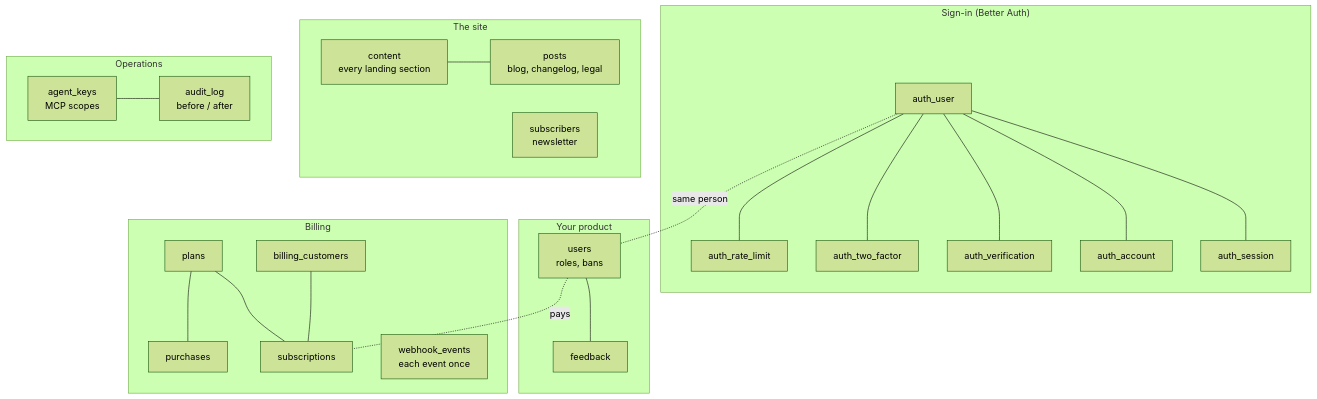
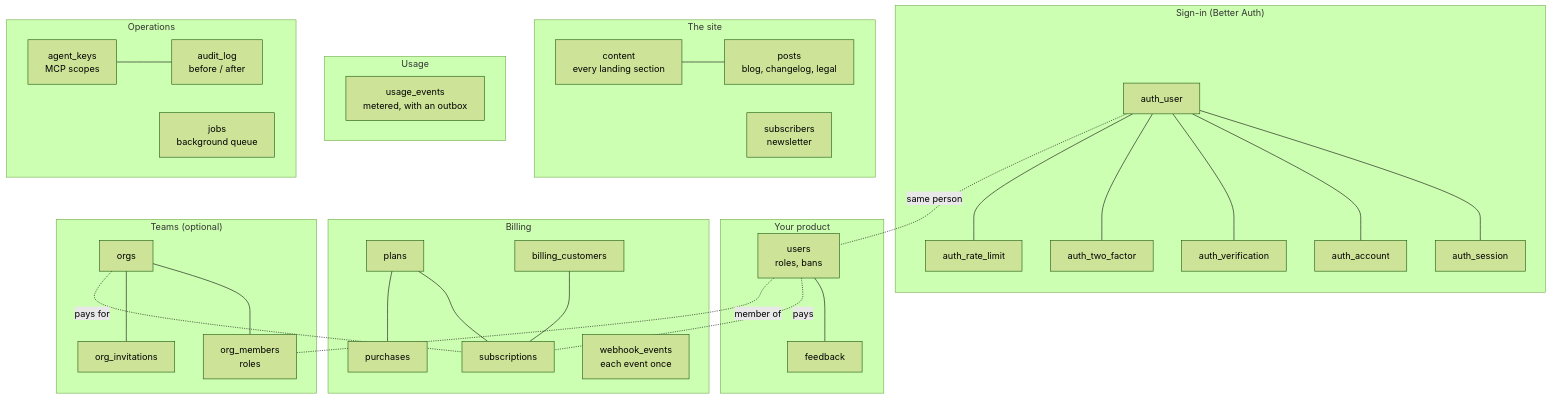
Before and after one commit to DrisH31/OpenShipKit: the fifth of 9 diagrams in README.md, drawn with Mermaid (forest theme). The commit also changed other lines of this file and 1 other file, not shown here.

````diff
--- a/README.md
+++ b/README.md
@@ -199,23 +209,32 @@
 ```mermaid
 flowchart TB
     subgraph AUTH["Sign-in (Better Auth)"]
         au["auth_user"] --- as["auth_session"] & aa["auth_account"] & av["auth_verification"] & at["auth_two_factor"] & ar["auth_rate_limit"]
     end
     subgraph APPD["Your product"]
         us["users<br/>roles, bans"] --- fb["feedback"]
     end
     subgraph SITE["The site"]
         co["content<br/>every landing section"] --- po["posts<br/>blog, changelog, legal"]
         sb["subscribers<br/>newsletter"]
     end
     subgraph BILL["Billing"]
         pl["plans"] --- su["subscriptions"] & pu["purchases"]
         bc["billing_customers"] --- su
         we["webhook_events<br/>each event once"]
     end
+    subgraph TEAMS["Teams (optional)"]
+        og["orgs"] --- om["org_members<br/>roles"] & oi["org_invitations"]
+    end
+    subgraph USAGE["Usage"]
+        ue["usage_events<br/>metered, with an outbox"]
+    end
     subgraph OPS["Operations"]
         ak["agent_keys<br/>MCP scopes"] --- al["audit_log<br/>before / after"]
+        jb["jobs<br/>background queue"]
     end
     au -. "same person" .- us
     us -. "pays" .- su
+    us -. "member of" .- om
+    og -. "pays for" .- su
 ```
````
